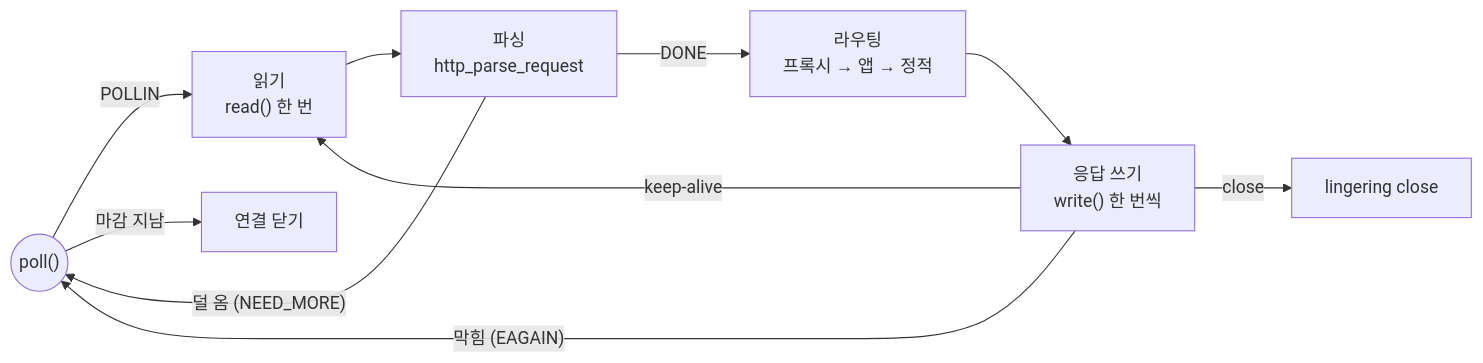
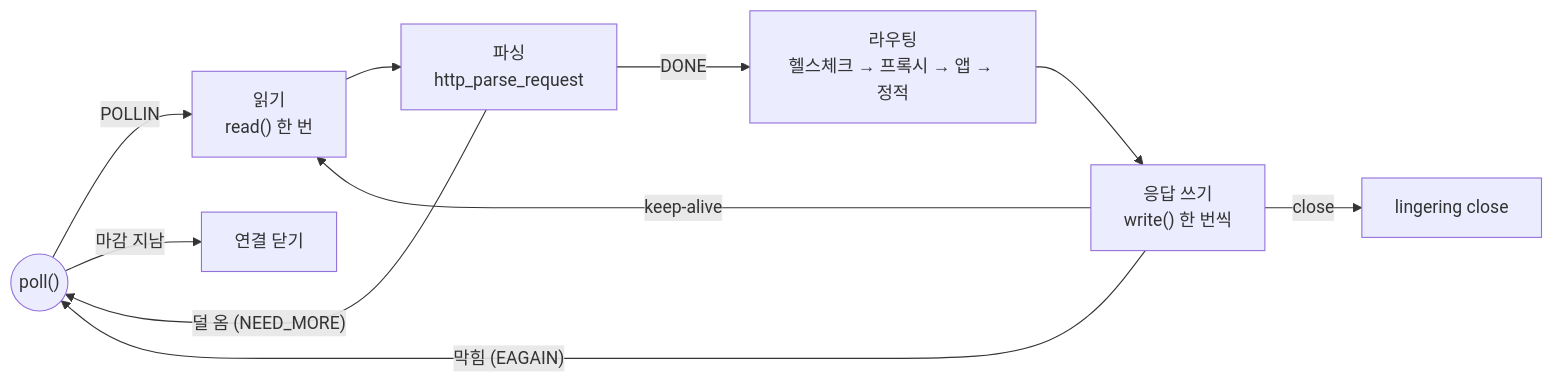
One commit to stereokkh/jungle-webserver changed the second of 3 diagrams in README.md. Above: the diagram before and after it, drawn with Mermaid. The commit also changed other lines of this file and 1 other file, not shown here.

First line of the commit message:
docs: README 요청 처리를 실제 라우팅 순서 네 갈래로, 3·4장 순서 바꿈

````diff
--- a/README.md
+++ b/README.md
@@ -87,12 +124,12 @@
 ```mermaid
 flowchart LR
     P(("poll()")) -->|POLLIN| R["읽기<br/>read() 한 번"]
     R --> Q["파싱<br/>http_parse_request"]
     Q -->|"덜 옴 (NEED_MORE)"| P
-    Q -->|DONE| RT["라우팅<br/>프록시 → 앱 → 정적"]
+    Q -->|DONE| RT["라우팅<br/>헬스체크 → 프록시 → 앱 → 정적"]
     RT --> W["응답 쓰기<br/>write() 한 번씩"]
     W -->|"막힘 (EAGAIN)"| P
     W -->|"keep-alive"| R
     W -->|close| L["lingering close"]
     P -->|"마감 지남"| X["연결 닫기"]
 ```
````
